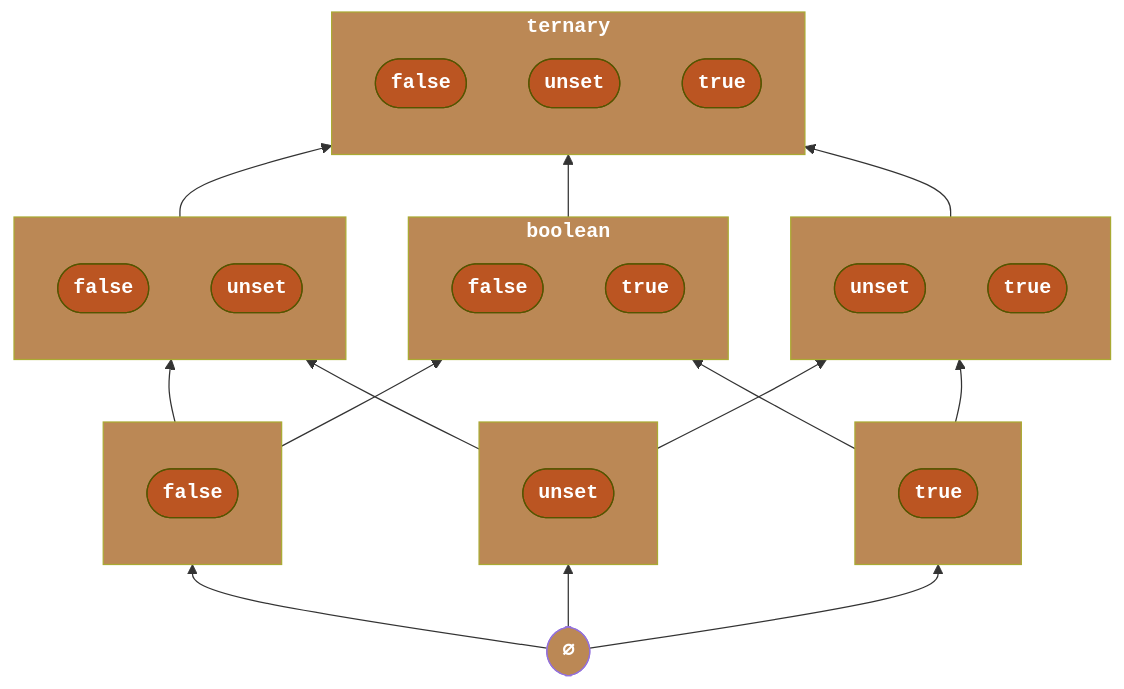
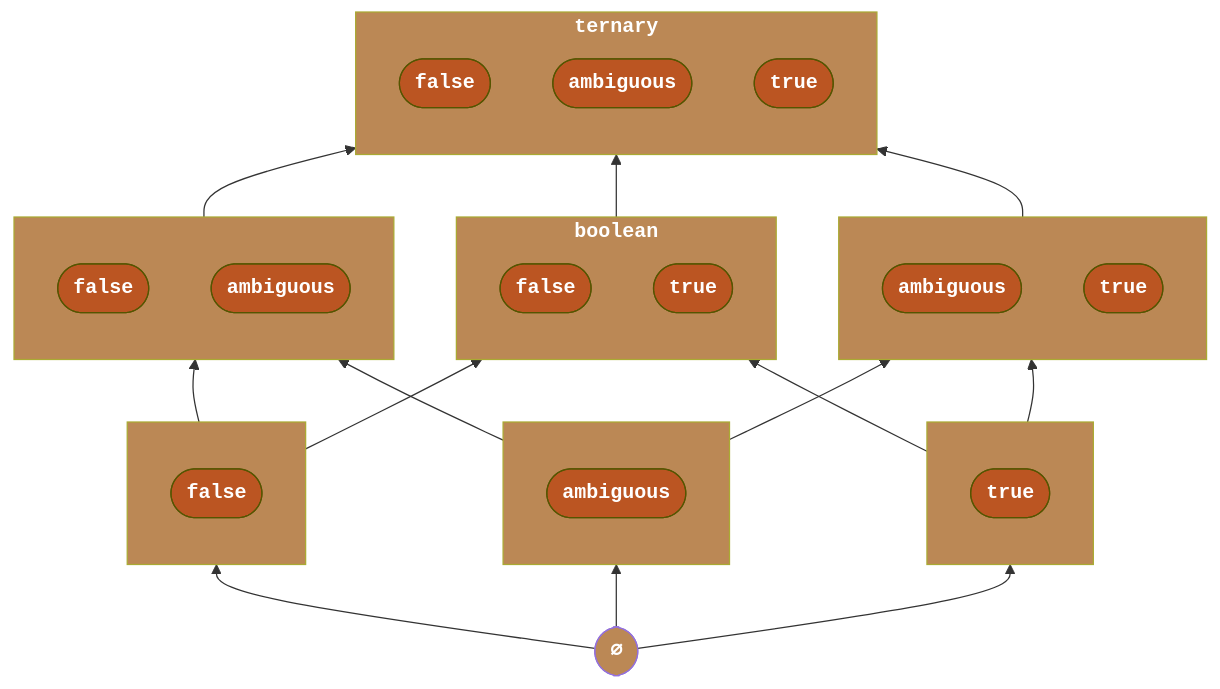
Before and after one commit to clawrlang/clawr-concept: the first of 2 diagrams in types/types-as-sets.md, drawn with Mermaid. The commit also changed other lines of this file and 6 other files, not shown here.

Commit message:
Rename unset -> ambiguous

````diff
--- a/types/types-as-sets.md
+++ b/types/types-as-sets.md
@@ -99,63 +100,63 @@
 ```mermaid
 graph BT
     subgraph ternary
     direction TB
         tf([false])
-        tu([unset])
+        tu([ambiguous])
         tt([true])
     end
 
     subgraph fu
    direction TB
         fuf([false])
-        fuu([unset])
+        fuu([ambiguous])
      end
 
     subgraph boolean
     direction TB
         bf([false])
         bt([true])
     end
 
     subgraph ut
     direction TB
-        utu([unset])
+        utu([ambiguous])
         utt([true])
     end
 
     subgraph f
         f_f(["false"])
     end
 
     subgraph t
         t_t(["true"])
     end
 
     subgraph u
-        u_u(["unset"])
+        u_u(["ambiguous"])
     end
 
     empty(["∅"])
 
     fu --> ternary
     boolean --> ternary
     ut --> ternary
     f --> fu
     u --> fu
     f --> boolean
     t --> boolean
     u --> ut
     t --> ut
     empty --> f
     empty --> u
     empty --> t
 
 classDef hide color:transparent,fill:#b85;
 class t,u,f,fu,ut hide;
 
 classDef named_set fill:#b85,color:white,font-weight:bold,font-family:monospace
 class empty,boolean,ternary named_set;
 
 classDef value fill:#b52,stroke:#550,color:white,font-weight:bold,font-family:monospace
 class tf,tu,tt,bf,bt,fuf,fuu,utu,utt,f_f,t_t,u_u value;
 ```
````
